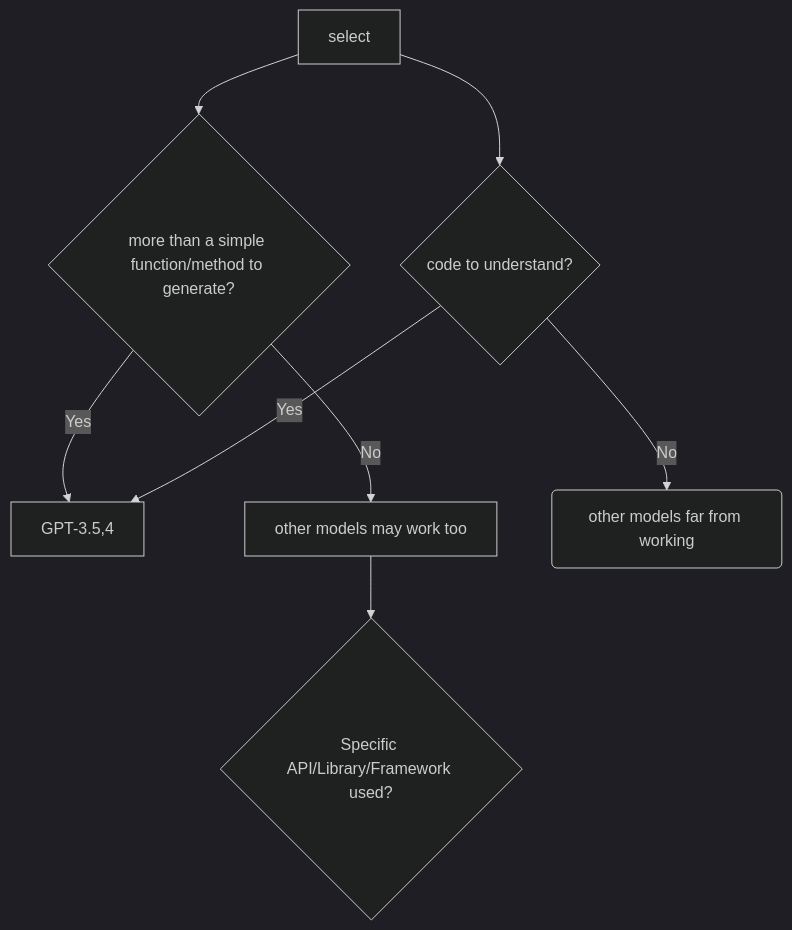
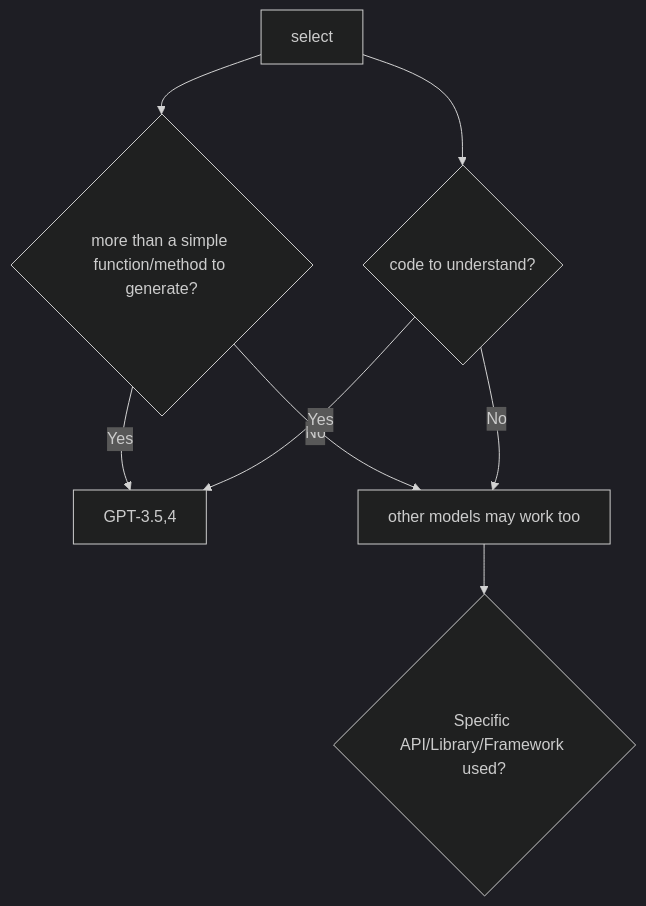
Before and after one commit to AI-LLM/ai-llm.github.io: the diagram in Code-LLM-alternatives.md, drawn with Mermaid (dark theme).

````diff
--- a/Code-LLM-alternatives.md
+++ b/Code-LLM-alternatives.md
@@ -418,10 +418,10 @@
 ```mermaid
 graph TD;
     S[select]-->Q1{more than a simple function/method to generate?};
     S[select]-->Q2{code to understand?};
     Q1 -- Yes -->P1[GPT-3.5,4];
     Q1 -- No -->P2[other models may work too];
     Q2 -- Yes -->P1[GPT-3.5,4];
-    Q2 -- No -->P3(other models far from working);
+    Q2 -- No -->P2;
     P2 --> Q11{Specific API/Library/Framework used?}
 ```
````
